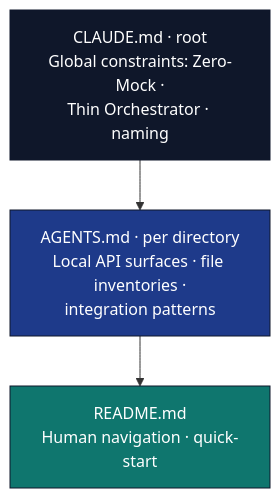
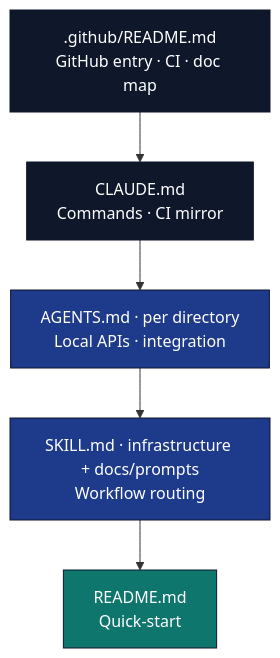
The sixth of 8 diagrams in .github/README.md (docxology/template), drawn with Mermaid before and after one commit. The commit also changed other lines of this file and 488 other files, not shown here.

````diff
--- a/.github/README.md
+++ b/.github/README.md
@@ -354,15 +453,18 @@
 ```mermaid
 flowchart TB
-    CL[CLAUDE.md · root<br/>Global constraints: Zero-Mock ·<br/>Thin Orchestrator · naming]
-    AG[AGENTS.md · per directory<br/>Local API surfaces · file inventories ·<br/>integration patterns]
-    RD[README.md<br/>Human navigation · quick-start]
+    GH[".github/README.md<br/>GitHub entry · CI · doc map"]
+    CL["CLAUDE.md<br/>Commands · CI mirror"]
+    AG["AGENTS.md · per directory<br/>Local APIs · integration"]
+    SK["SKILL.md · infrastructure + docs/prompts<br/>Workflow routing"]
+    RD["README.md<br/>Quick-start"]
 
-    CL --> AG --> RD
+    GH --> CL --> AG
+    AG --> SK --> RD
 
     classDef root fill:#0f172a,stroke:#0f172a,color:#fff
     classDef tech fill:#1e3a8a,stroke:#0f172a,color:#fff
     classDef hum fill:#0f766e,stroke:#0f172a,color:#fff
-    class CL root
-    class AG tech
+    class GH,CL root
+    class AG,SK tech
     class RD hum
 ```
````
